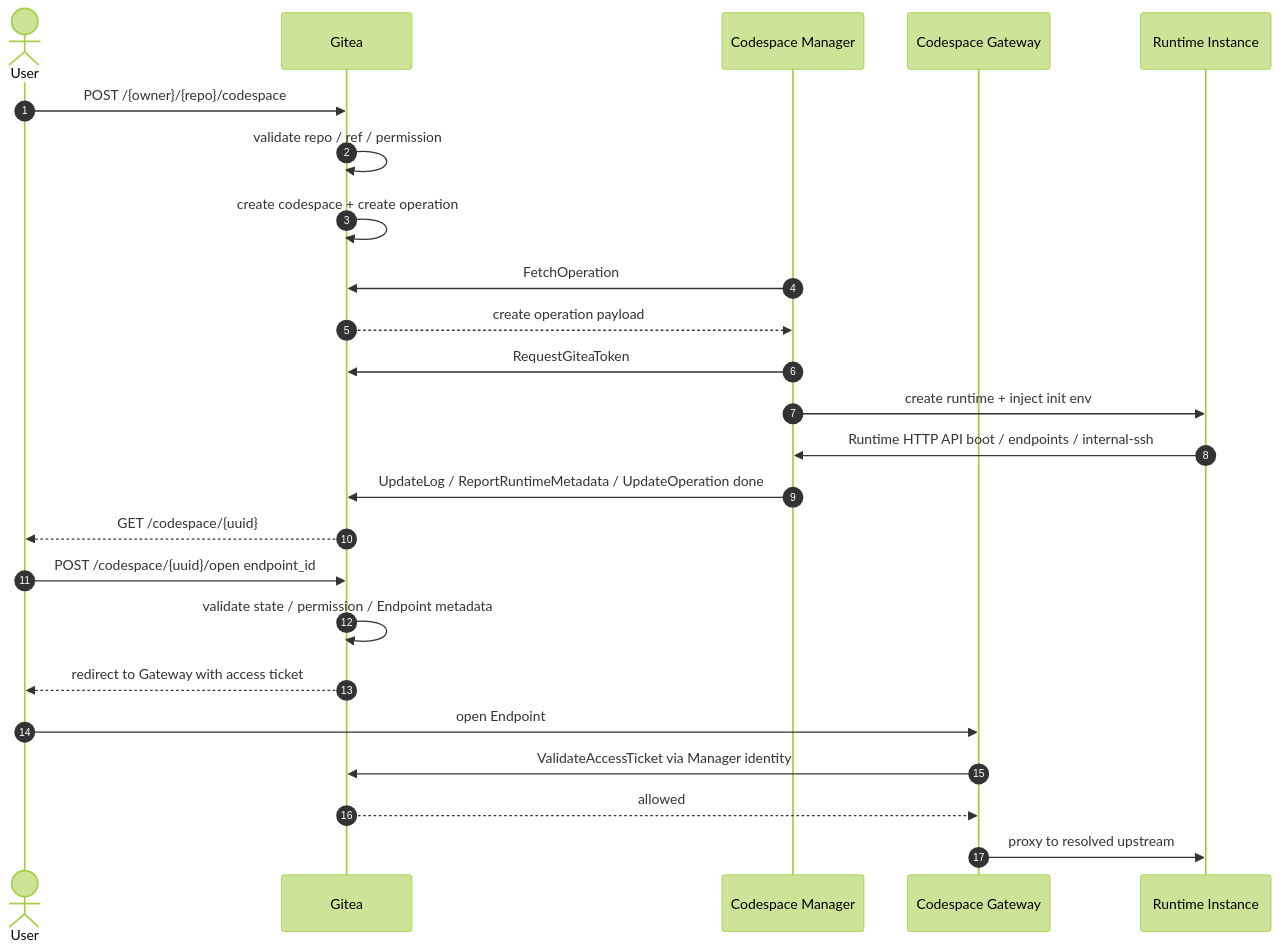
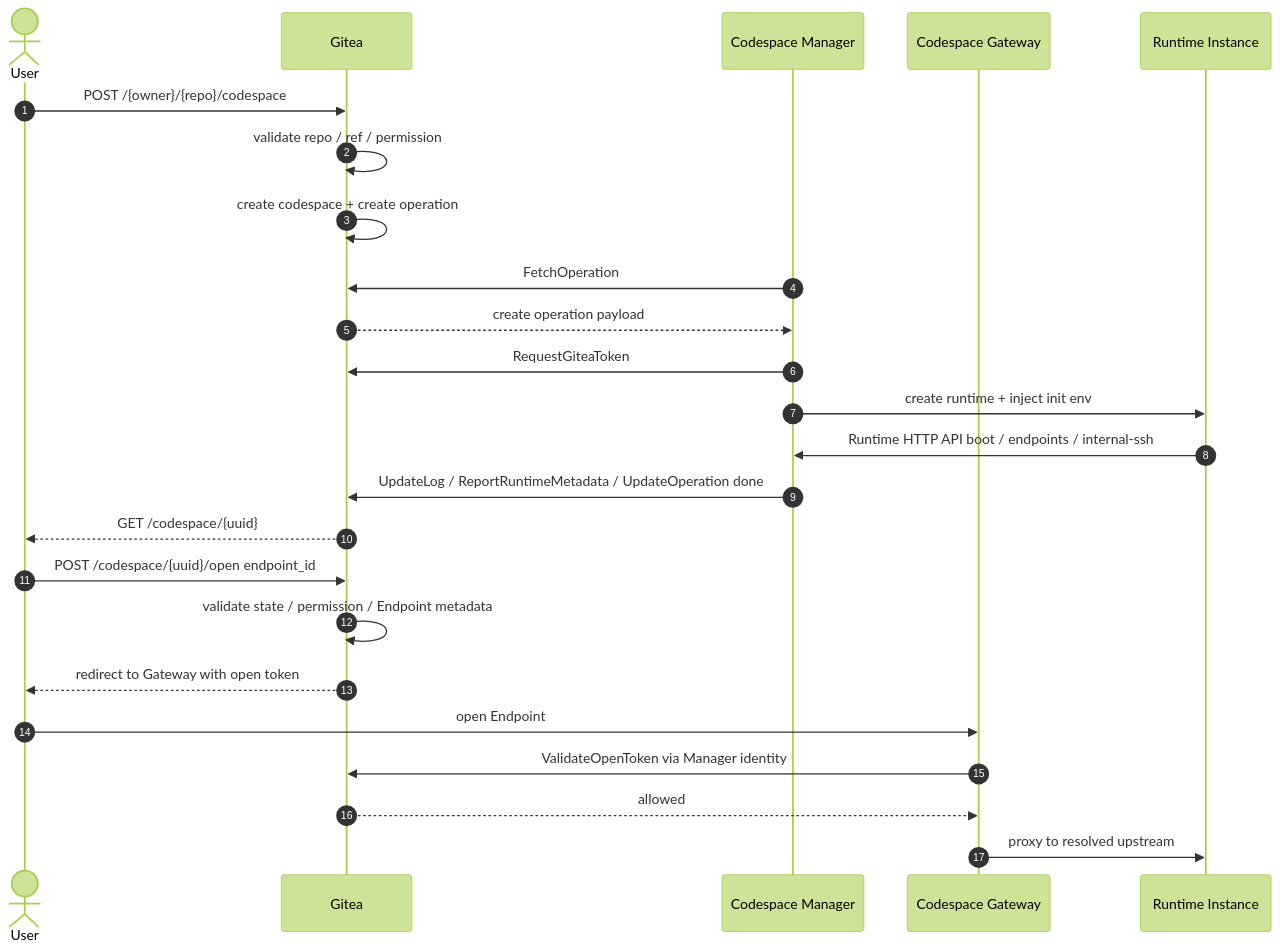
The third of 5 diagrams in README.md (ExplodingDragon/gitea-dev), drawn with Mermaid (forest theme) before and after one commit. The commit also changed other lines of this file, not shown here.

````diff
--- a/README.md
+++ b/README.md
@@ -139,28 +139,28 @@
 ```mermaid
 sequenceDiagram
     autonumber
     actor User
     participant Gitea
     participant Manager as Codespace Manager
     participant Gateway as Codespace Gateway
     participant Runtime as Runtime Instance
 
     User->>Gitea: POST /{owner}/{repo}/codespace
     Gitea->>Gitea: validate repo / ref / permission
     Gitea->>Gitea: create codespace + create operation
     Manager->>Gitea: FetchOperation
     Gitea-->>Manager: create operation payload
     Manager->>Gitea: RequestGiteaToken
     Manager->>Runtime: create runtime + inject init env
     Runtime->>Manager: Runtime HTTP API boot / endpoints / internal-ssh
     Manager->>Gitea: UpdateLog / ReportRuntimeMetadata / UpdateOperation done
     Gitea-->>User: GET /codespace/{uuid}
 
     User->>Gitea: POST /codespace/{uuid}/open endpoint_id
     Gitea->>Gitea: validate state / permission / Endpoint metadata
-    Gitea-->>User: redirect to Gateway with access ticket
+    Gitea-->>User: redirect to Gateway with open token
     User->>Gateway: open Endpoint
-    Gateway->>Gitea: ValidateAccessTicket via Manager identity
+    Gateway->>Gitea: ValidateOpenToken via Manager identity
     Gitea-->>Gateway: allowed
     Gateway->>Runtime: proxy to resolved upstream
 ```
````
